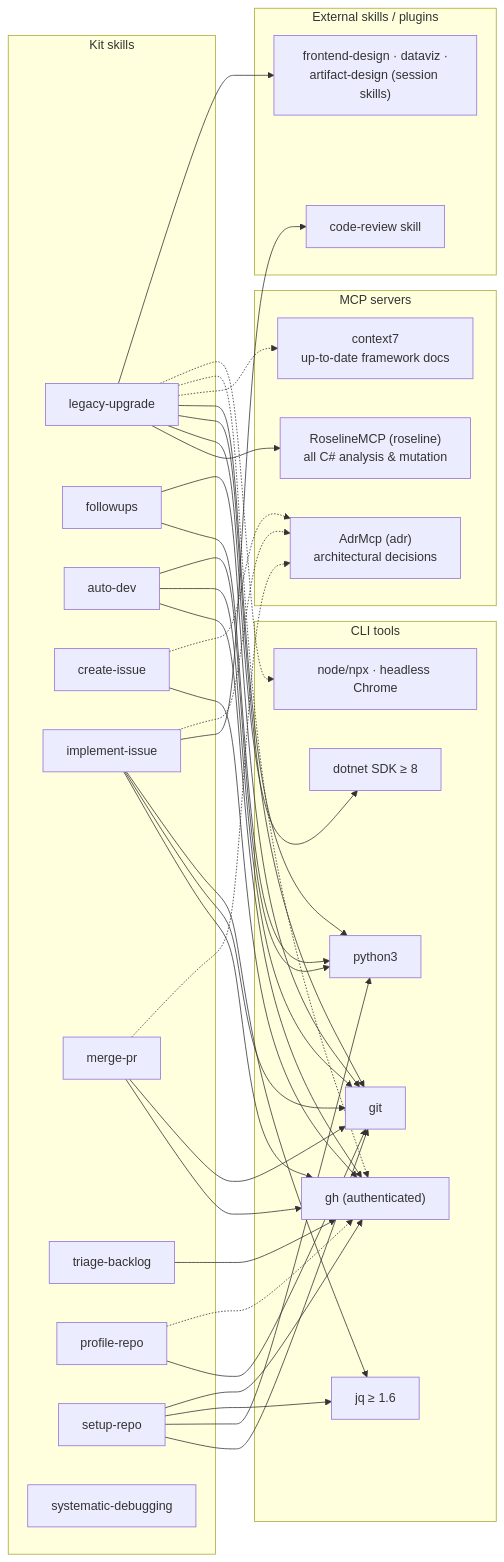
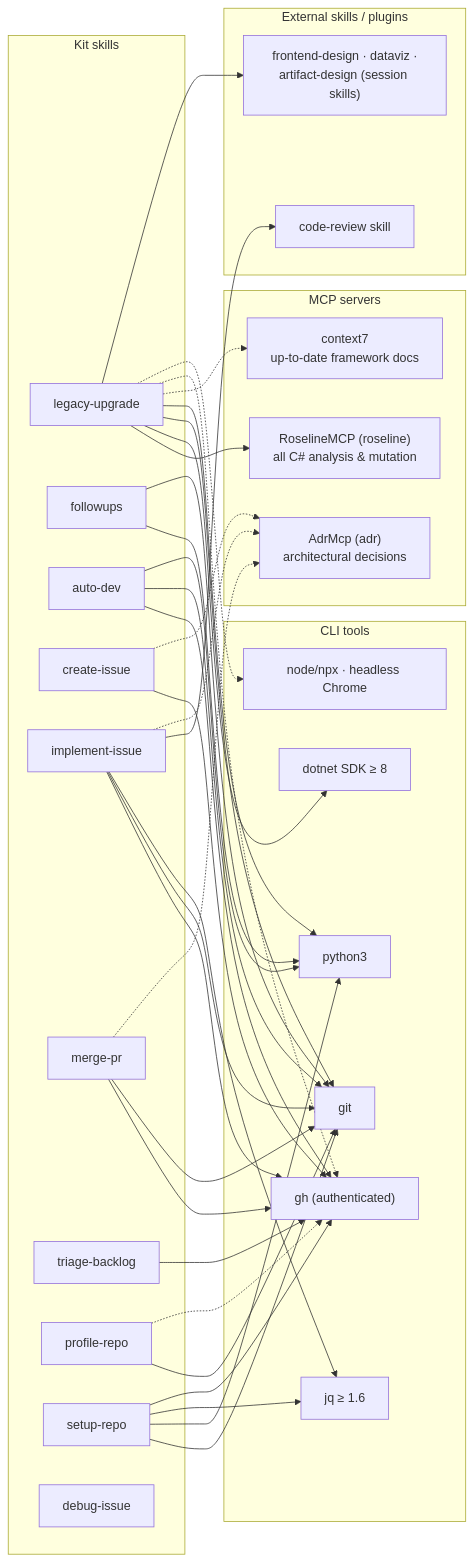
The second of 2 diagrams in ARCHITECTURE.md (phmatray/ai-migration-kit), drawn with Mermaid before and after one commit. The commit also changed other lines of this file and 25 other files, not shown here.

Commit message:
feat(skills): rename systematic-debugging to debug-issue

````diff
--- a/ARCHITECTURE.md
+++ b/ARCHITECTURE.md
@@ -101,74 +101,74 @@
 ```mermaid
 graph LR
     subgraph skills ["Kit skills"]
         LU[legacy-upgrade]
         FU[followups]
         AD[auto-dev]
         CI[create-issue]
         II[implement-issue]
         MP[merge-pr]
         TB[triage-backlog]
         RP[profile-repo]
         SR[setup-repo]
-        SD[systematic-debugging]
+        SD[debug-issue]
     end
 
     subgraph mcp ["MCP servers"]
         ROS["RoselineMCP (roseline)<br>all C# analysis & mutation"]
         C7["context7<br>up-to-date framework docs"]
         ADR["AdrMcp (adr)<br>architectural decisions"]
     end
 
     subgraph ext ["External skills / plugins"]
         CR["code-review skill"]
         FD["frontend-design · dataviz ·<br>artifact-design (session skills)"]
     end
 
     subgraph tools ["CLI tools"]
         GH["gh (authenticated)"]
         DN["dotnet SDK ≥ 8"]
         PY["python3"]
         GIT["git"]
         JQ["jq ≥ 1.6"]
         NODE["node/npx · headless Chrome"]
     end
 
     LU --> ROS
     LU --> DN
     LU --> GIT
     LU --> PY
     LU -.-> C7
     LU -.-> GH
     LU -.-> NODE
     LU --> FD
 
     FU --> PY
     FU --> GIT
 
     CI --> GH
     CI -.-> ADR
 
     II --> GH
     II --> GIT
     II --> JQ
     II --> CR
     II -.-> ADR
 
     MP --> GH
     MP --> GIT
     MP -.-> ADR
 
     TB --> GH
 
     RP --> GIT
     RP -.-> GH
 
     SR --> GIT
     SR --> PY
     SR --> JQ
     SR --> GH
 
     AD --> GH
     AD --> GIT
     AD --> PY
 ```
````
